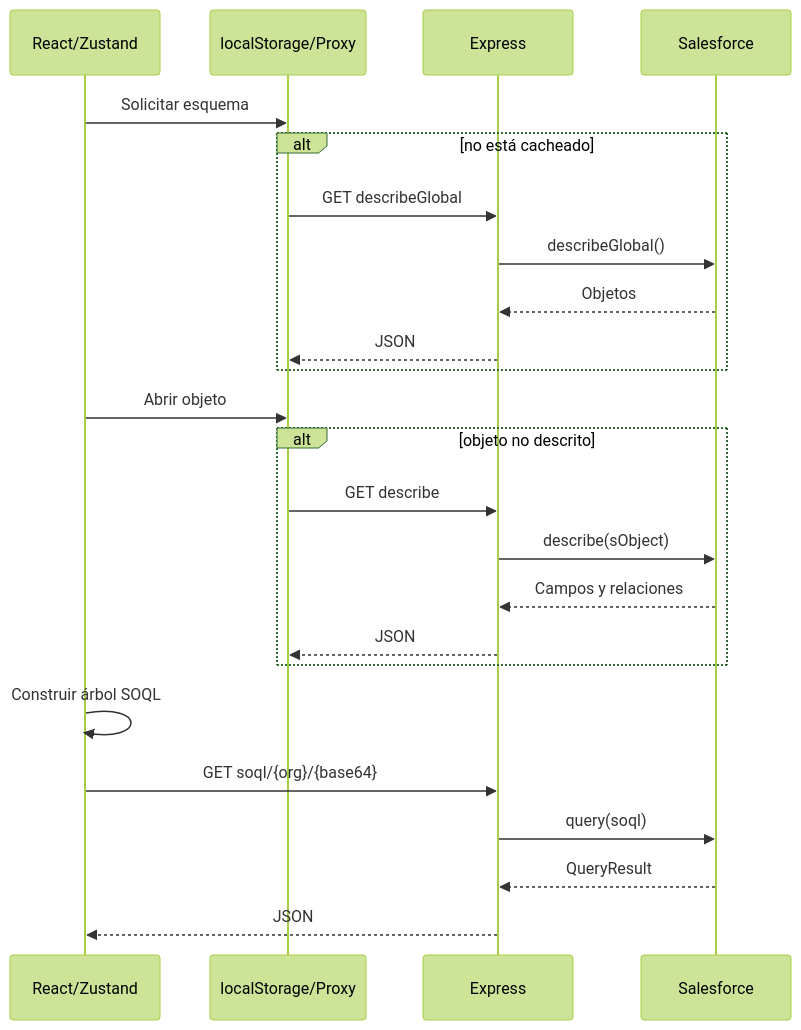
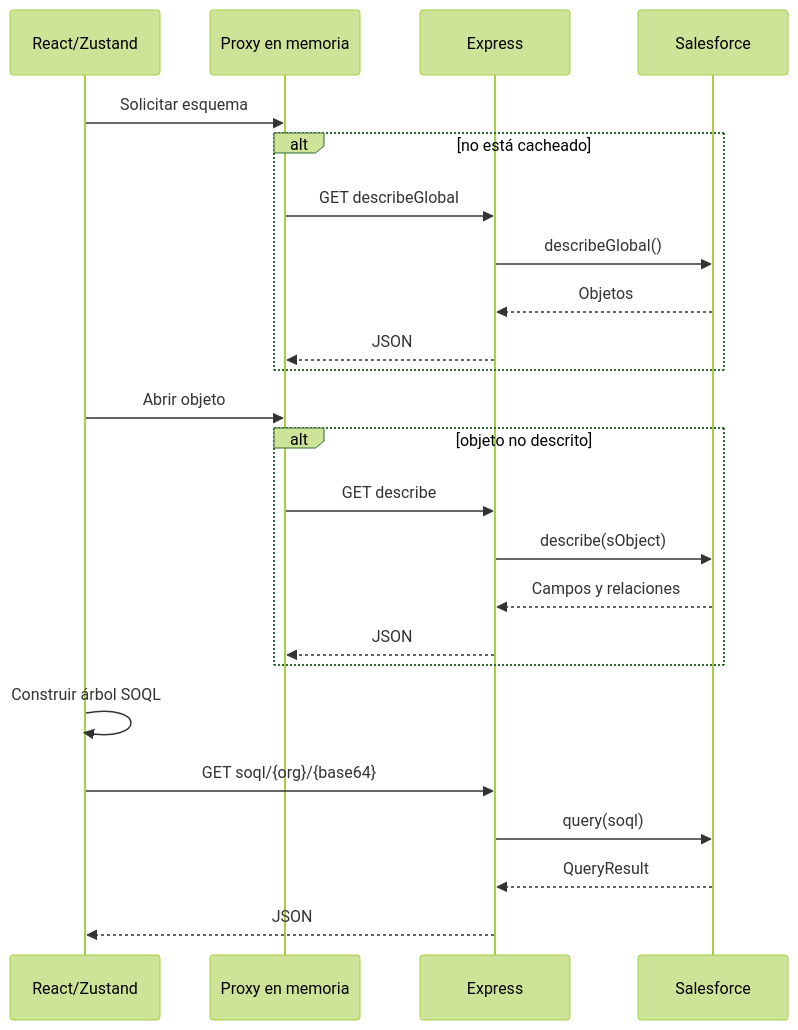
Before and after one commit to eBarrero/sfstudio: the third of 3 diagrams in doc/ARQUITECTURA.md, drawn with Mermaid (forest theme). The commit also changed other lines of this file and 16 other files, not shown here.

````diff
--- a/doc/ARQUITECTURA.md
+++ b/doc/ARQUITECTURA.md
@@ -226,27 +224,27 @@
 ```mermaid
 sequenceDiagram
     participant App as React/Zustand
-    participant Cache as localStorage/Proxy
+    participant Cache as Proxy en memoria
     participant API as Express
     participant SF as Salesforce
 
     App->>Cache: Solicitar esquema
     alt no está cacheado
         Cache->>API: GET describeGlobal
         API->>SF: describeGlobal()
         SF-->>API: Objetos
         API-->>Cache: JSON
     end
     App->>Cache: Abrir objeto
     alt objeto no descrito
         Cache->>API: GET describe
         API->>SF: describe(sObject)
         SF-->>API: Campos y relaciones
         API-->>Cache: JSON
     end
     App->>App: Construir árbol SOQL
     App->>API: GET soql/{org}/{base64}
     API->>SF: query(soql)
     SF-->>API: QueryResult
     API-->>App: JSON
 ```
````
